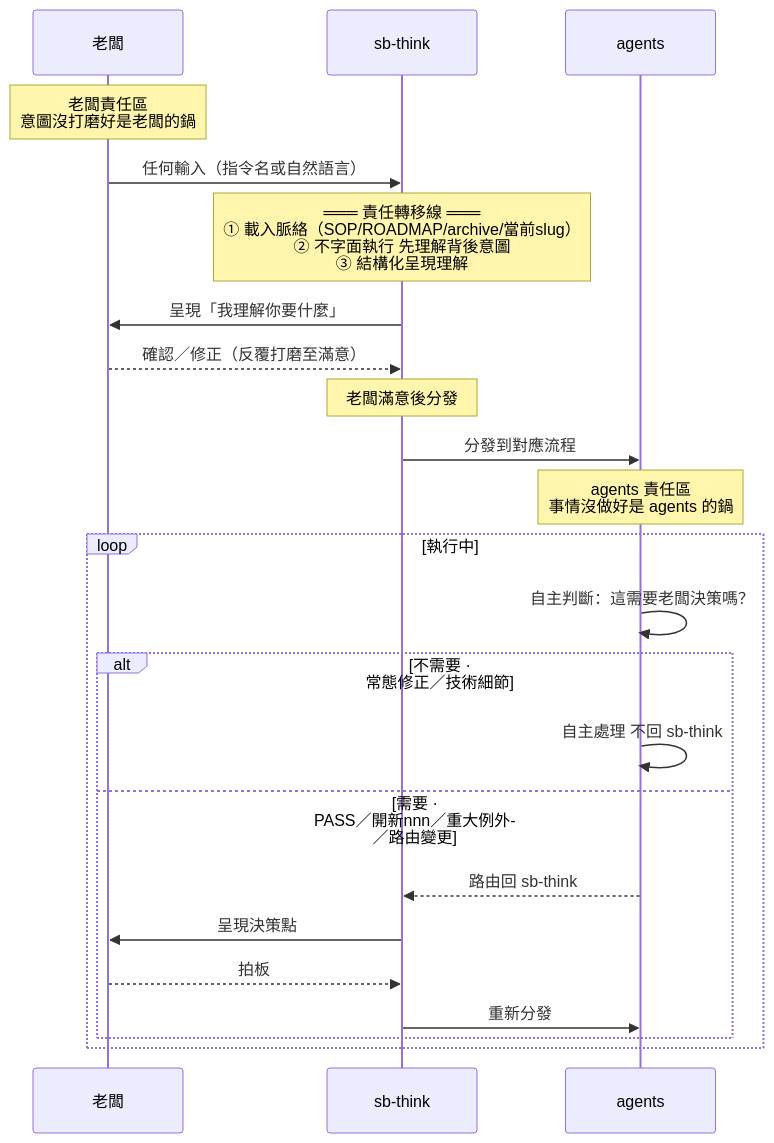
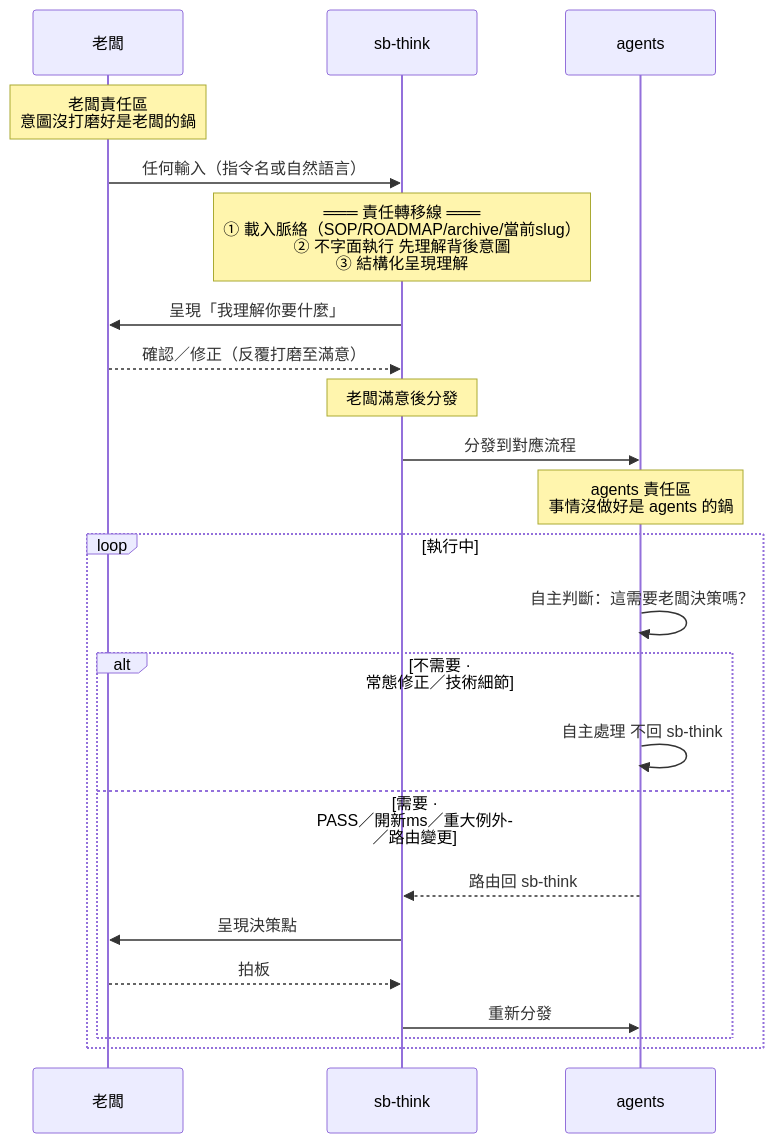
One commit to teps3105/shiftblame changed the first of 4 diagrams in skills/sb-think/SKILL.md. Above: the diagram before and after it, drawn with Mermaid. The commit also changed other lines of this file and 19 other files, not shown here.

````diff
--- a/skills/sb-think/SKILL.md
+++ b/skills/sb-think/SKILL.md
@@ -9,32 +9,32 @@
 ```mermaid
 sequenceDiagram
     participant B as 老闆
     participant T as sb-think
     participant A as agents
 
     Note over B: 老闆責任區<br/>意圖沒打磨好是老闆的鍋
 
     B->>T: 任何輸入（指令名或自然語言）
 
     Note over T: ═══ 責任轉移線 ═══<br/>① 載入脈絡（SOP/ROADMAP/archive/當前slug）<br/>② 不字面執行 先理解背後意圖<br/>③ 結構化呈現理解
 
     T->>B: 呈現「我理解你要什麼」
     B-->>T: 確認／修正（反覆打磨至滿意）
 
     Note over T: 老闆滿意後分發
     T->>A: 分發到對應流程
 
     Note over A: agents 責任區<br/>事情沒做好是 agents 的鍋
 
     loop 執行中
         A->>A: 自主判斷：這需要老闆決策嗎？
         alt 不需要 · 常態修正／技術細節
             A->>A: 自主處理 不回 sb-think
-        else 需要 · PASS／開新nnn／重大例外／路由變更
+        else 需要 · PASS／開新ms／重大例外／路由變更
             A-->>T: 路由回 sb-think
             T->>B: 呈現決策點
             B-->>T: 拍板
             T->>A: 重新分發
         end
     end
 ```
````
